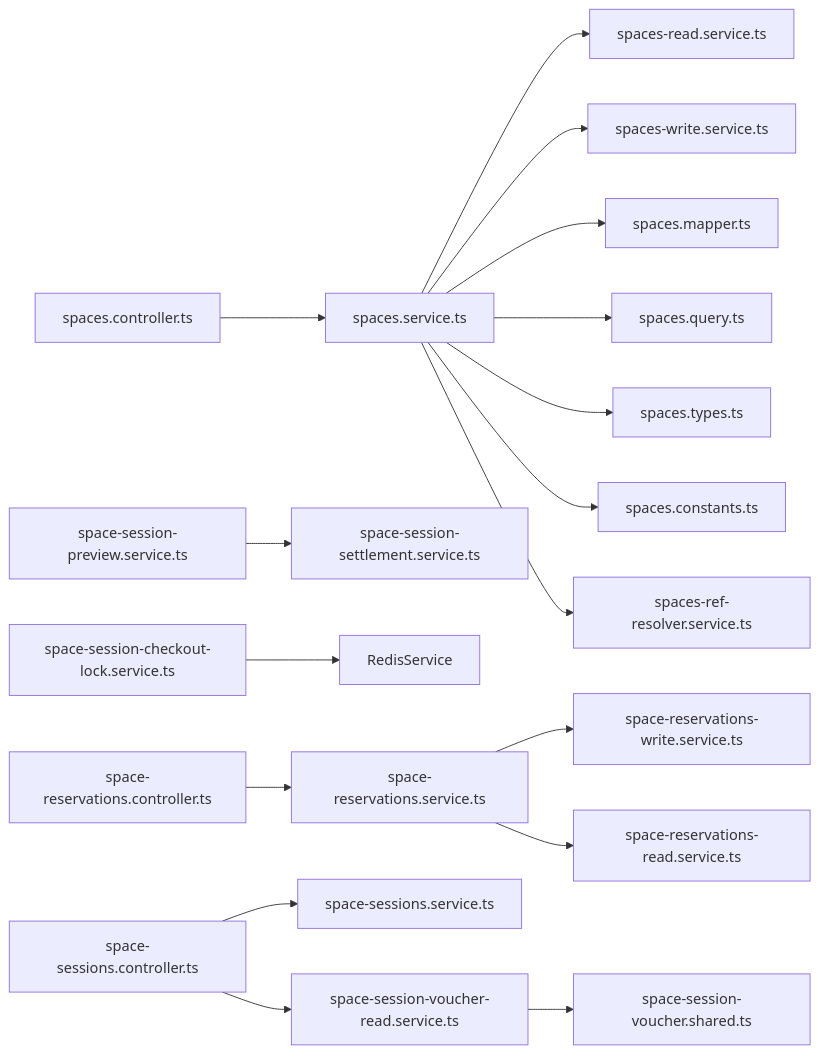
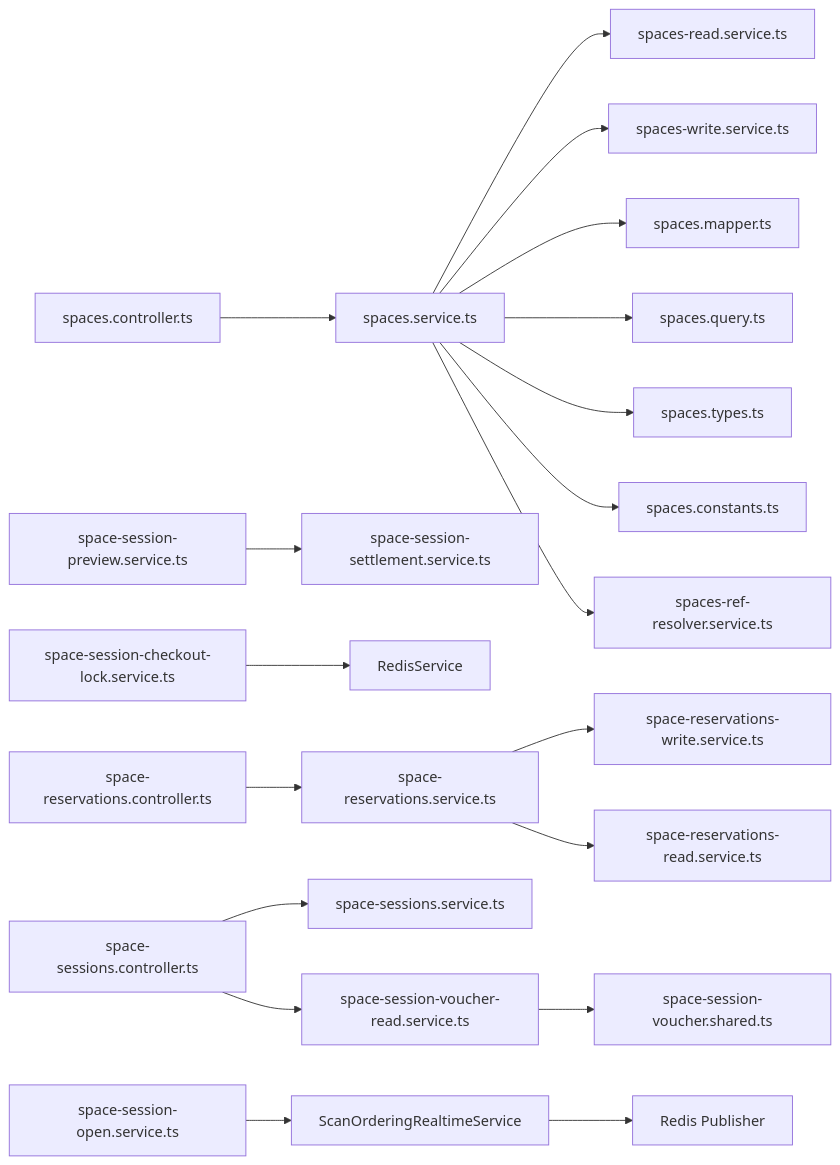
Diagram 12 of 12 in .qoder/repowiki/zh/content/业务模块/运营管理模块/空间管理.md (rc558620/purelyprofit-server), drawn with Mermaid before and after one commit. The commit also changed other lines of this file and 22 other files, not shown here.

````diff
--- a/.qoder/repowiki/zh/content/业务模块/运营管理模块/空间管理.md
+++ b/.qoder/repowiki/zh/content/业务模块/运营管理模块/空间管理.md
@@ -831,19 +843,21 @@
 ```mermaid
 graph LR
 Controller["spaces.controller.ts"] --> Service["spaces.service.ts"]
 Service --> Read["spaces-read.service.ts"]
 Service --> Write["spaces-write.service.ts"]
 Service --> Mapper["spaces.mapper.ts"]
 Service --> Query["spaces.query.ts"]
 Service --> Types["spaces.types.ts"]
 Service --> Const["spaces.constants.ts"]
 Service --> Ref["spaces-ref-resolver.service.ts"]
 Preview["space-session-preview.service.ts"] --> Settlement["space-session-settlement.service.ts"]
 CheckoutLock["space-session-checkout-lock.service.ts"] --> Redis["RedisService"]
 ResCtrl["space-reservations.controller.ts"] --> ResSvc["space-reservations.service.ts"]
 ResSvc --> ResWrite["space-reservations-write.service.ts"]
 ResSvc --> ResRead["space-reservations-read.service.ts"]
 SessionsCtrl["space-sessions.controller.ts"] --> SessionsSvc["space-sessions.service.ts"]
 SessionsCtrl --> VoucherRead["space-session-voucher-read.service.ts"]
 VoucherRead --> VoucherShared["space-session-voucher.shared.ts"]
+OpenService["space-session-open.service.ts"] --> Realtime["ScanOrderingRealtimeService"]
+Realtime --> RedisPub["Redis Publisher"]
 ```
````
